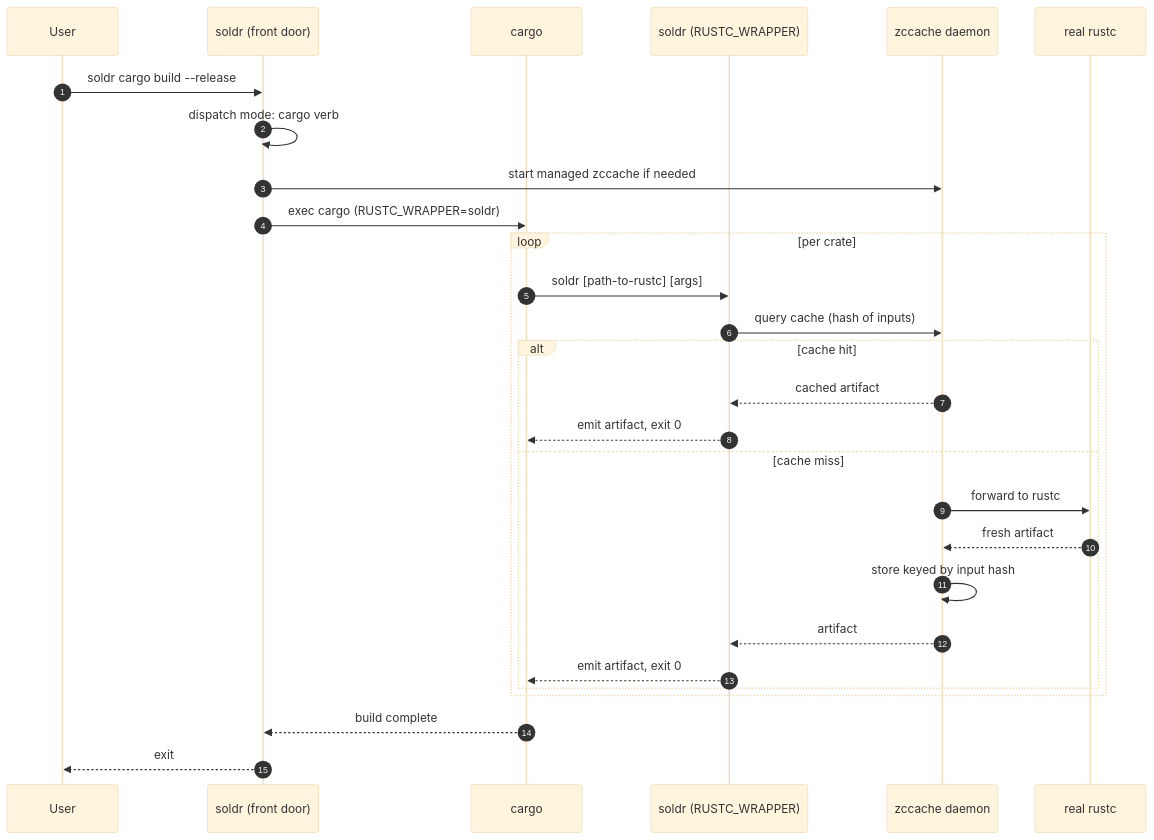
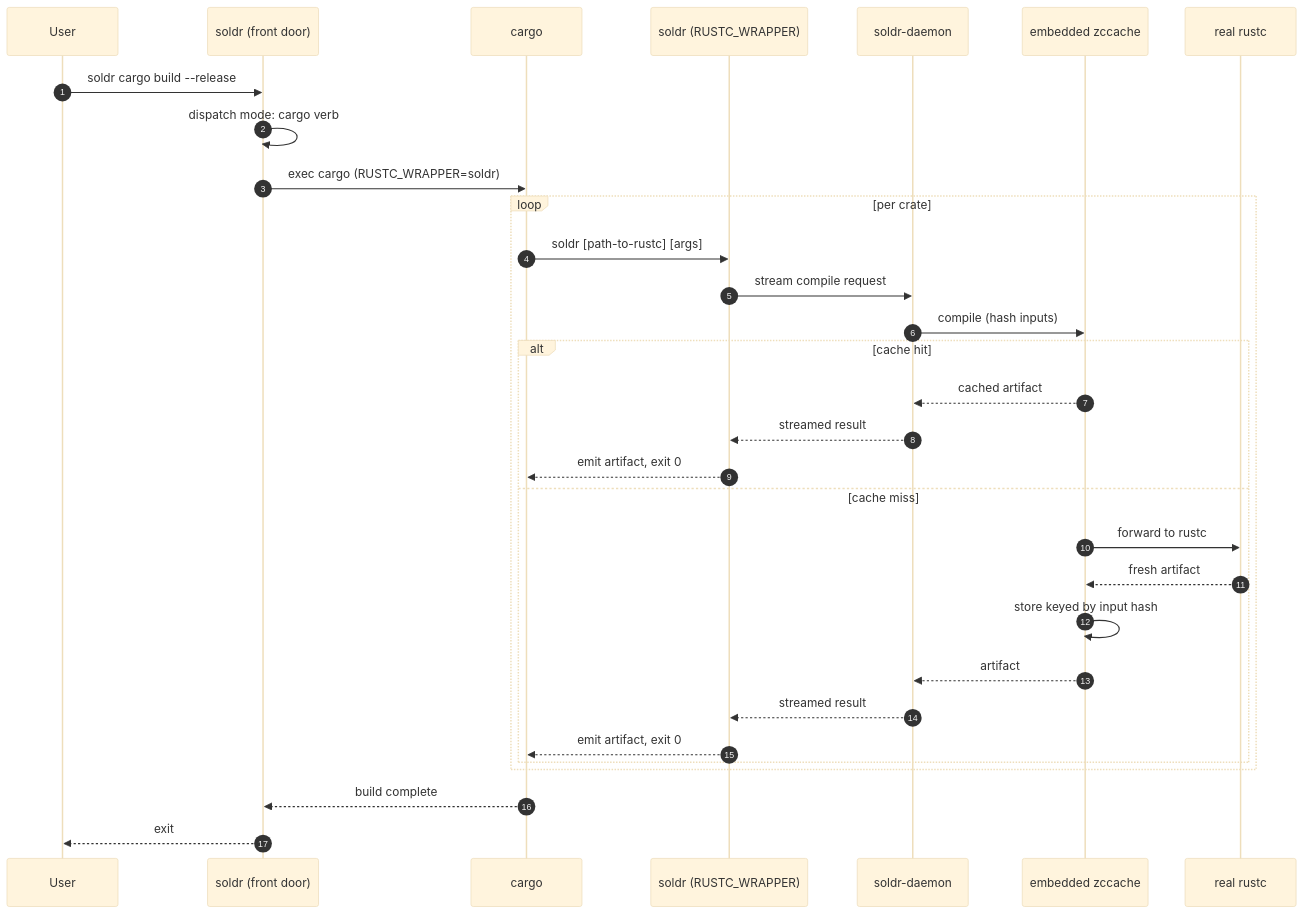
The second of 2 diagrams in README.md (zackees/soldr), drawn with Mermaid (base theme) before and after one commit. The commit also changed other lines of this file and 40 other files, not shown here.

Commit message:
fix: preserve Soldr routing and harden cache lifecycle

````diff
--- a/README.md
+++ b/README.md
@@ -310,31 +325,34 @@
 ```mermaid
 sequenceDiagram
     autonumber
     participant U as User
     participant S1 as soldr (front door)
     participant C as cargo
     participant S2 as soldr (RUSTC_WRAPPER)
-    participant Z as zccache daemon
+    participant D as soldr-daemon
+    participant Z as embedded zccache
     participant R as real rustc
 
     U->>S1: soldr cargo build --release
     S1->>S1: dispatch mode: cargo verb
-    S1->>Z: start managed zccache if needed
     S1->>C: exec cargo (RUSTC_WRAPPER=soldr)
     loop per crate
         C->>S2: soldr [path-to-rustc] [args]
-        S2->>Z: query cache (hash of inputs)
+        S2->>D: stream compile request
+        D->>Z: compile (hash inputs)
         alt cache hit
-            Z-->>S2: cached artifact
+            Z-->>D: cached artifact
+            D-->>S2: streamed result
             S2-->>C: emit artifact, exit 0
         else cache miss
             Z->>R: forward to rustc
             R-->>Z: fresh artifact
             Z->>Z: store keyed by input hash
-            Z-->>S2: artifact
+            Z-->>D: artifact
+            D-->>S2: streamed result
             S2-->>C: emit artifact, exit 0
         end
     end
     C-->>S1: build complete
     S1-->>U: exit
 ```
````
